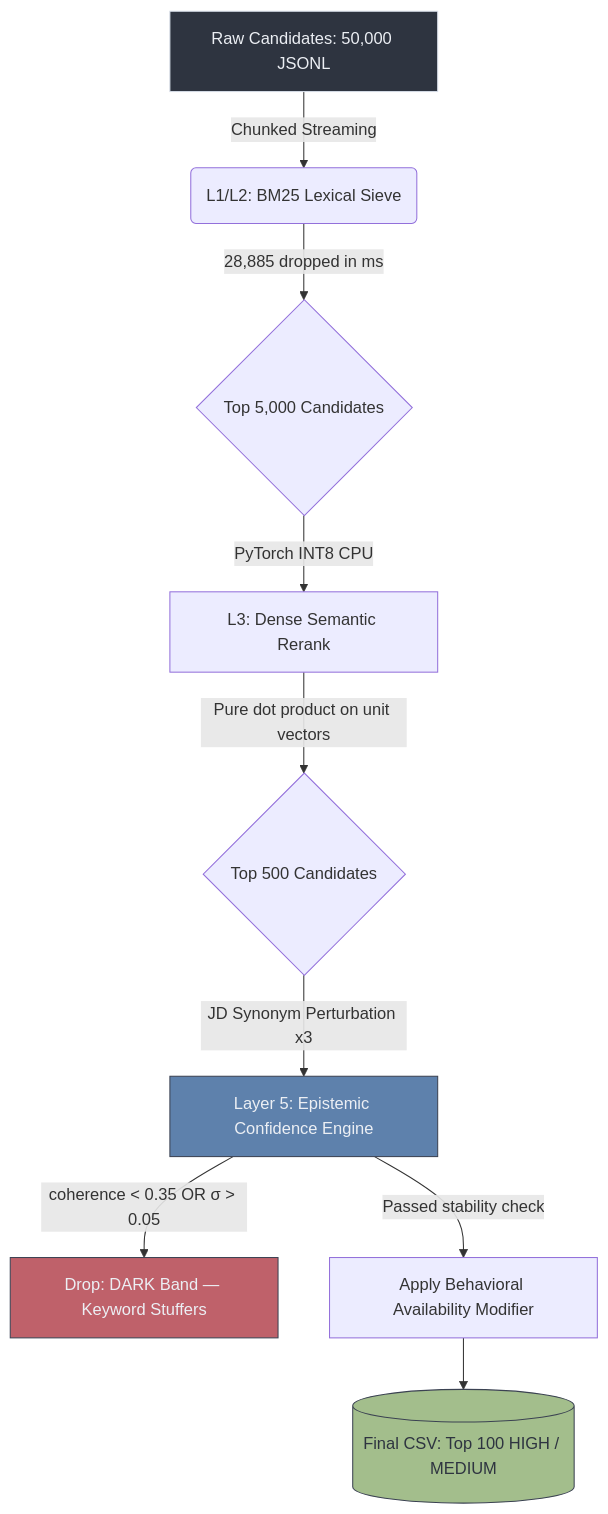
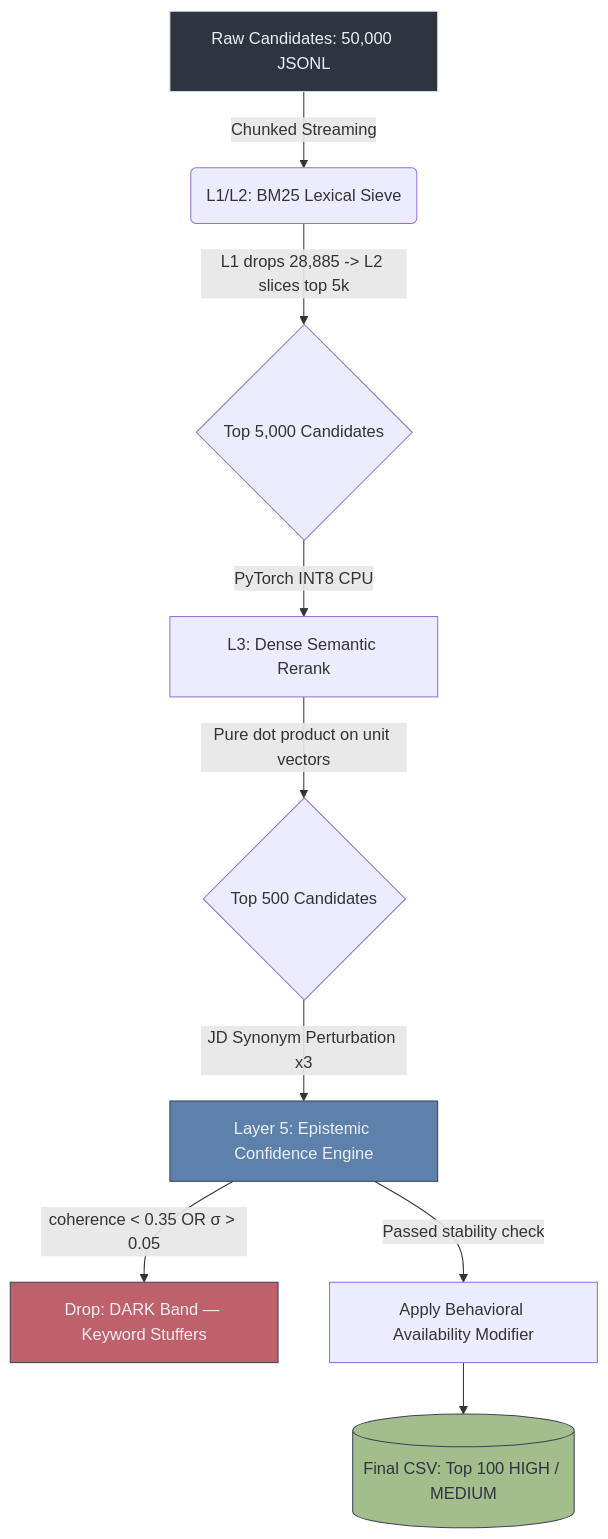
One commit to NITHIN4747/semantic-candidate-discovery-engine changed the diagram in README.md. Above: the diagram before and after it, drawn with Mermaid. The commit also changed other lines of this file, not shown here.

Commit message:
docs: elevate README to enterprise standards and correct Mermaid math

````diff
--- a/README.md
+++ b/README.md
@@ -17,20 +24,20 @@
 ```mermaid
 graph TD
     A["Raw Candidates: 50,000 JSONL"] -->|Chunked Streaming| B("L1/L2: BM25 Lexical Sieve")
-    B -->|28,885 dropped in ms| C{"Top 5,000 Candidates"}
+    B -->|L1 drops 28,885 -> L2 slices top 5k| C{"Top 5,000 Candidates"}
 
     C -->|PyTorch INT8 CPU| D["L3: Dense Semantic Rerank"]
     D -->|Pure dot product on unit vectors| E{"Top 500 Candidates"}
 
     E -->|JD Synonym Perturbation x3| F["Layer 5: Epistemic Confidence Engine"]
 
     F -->|"coherence < 0.35 OR σ > 0.05"| G["Drop: DARK Band — Keyword Stuffers"]
     F -->|Passed stability check| H["Apply Behavioral Availability Modifier"]
 
     H --> I[("Final CSV: Top 100 HIGH / MEDIUM")]
 
     style A fill:#2e3440,stroke:#d8dee9,color:#eceff4
     style G fill:#bf616a,stroke:#3b4252,color:#eceff4
     style I fill:#a3be8c,stroke:#3b4252,color:#2e3440
     style F fill:#5e81ac,stroke:#3b4252,color:#eceff4
 ```
````
